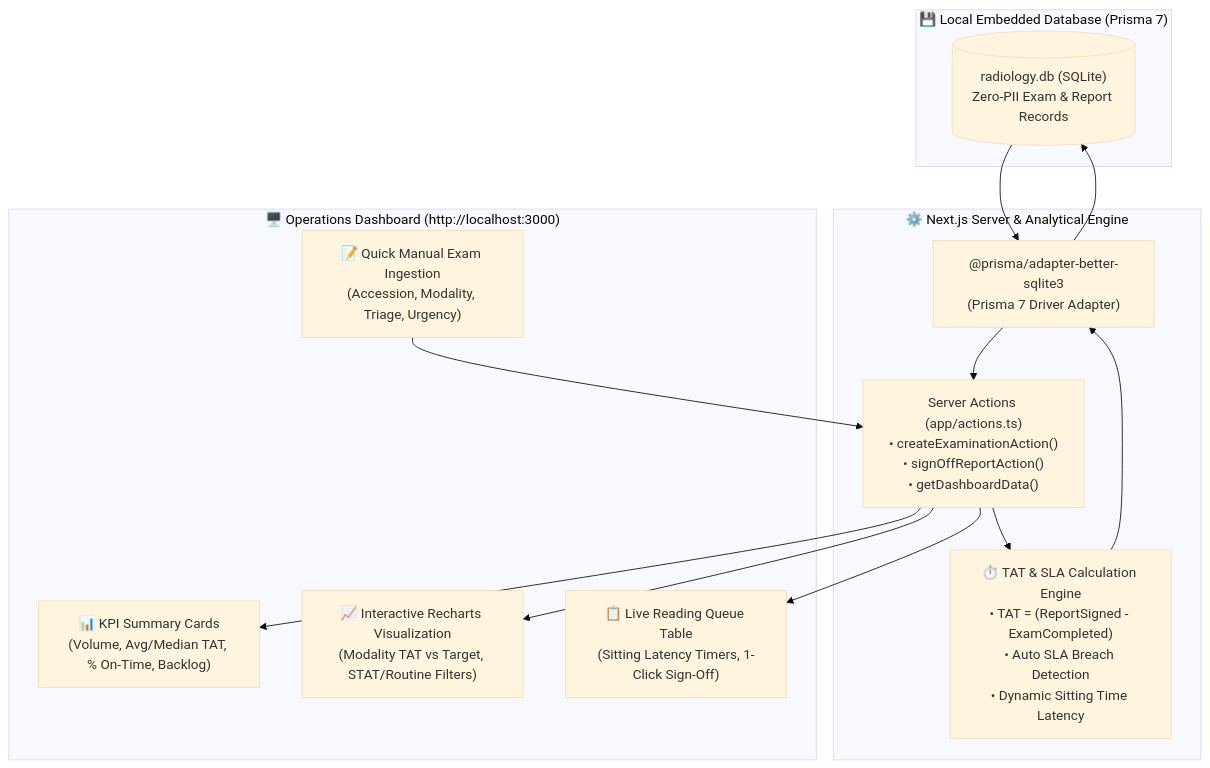
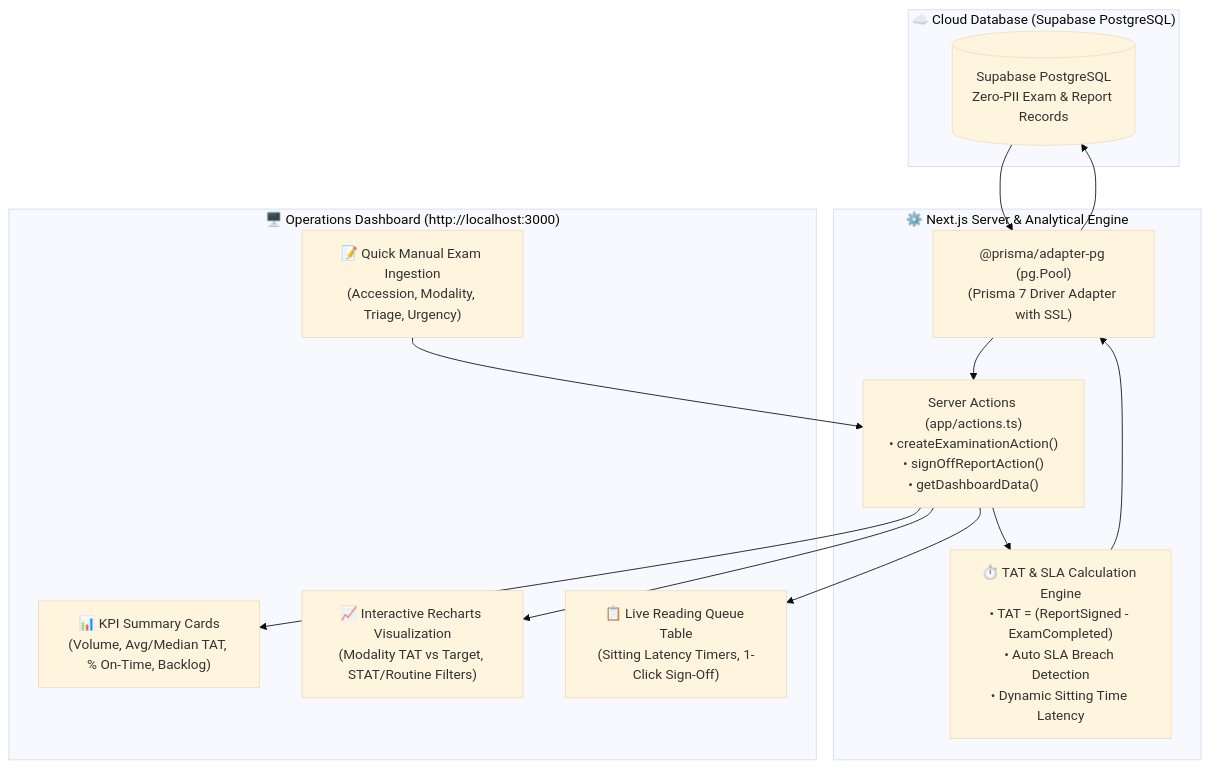
Before and after one commit to mgoblimar/RADiTrack: the diagram in README.md, drawn with Mermaid (base theme). The commit also changed other lines of this file and 10 other files, not shown here.

Commit message:
feat(database): migrate database from sqlite to supabase postgresql

````diff
--- a/README.md
+++ b/README.md
@@ -109,27 +117,27 @@
 ```mermaid
 flowchart TD
-    subgraph Storage ["💾 Local Embedded Database (Prisma 7)"]
-        DB[("radiology.db (SQLite)\nZero-PII Exam & Report Records")]
+    subgraph Cloud ["☁️ Cloud Database (Supabase PostgreSQL)"]
+        DB[("Supabase PostgreSQL\nZero-PII Exam & Report Records")]
     end
 
     subgraph Backend ["⚙️ Next.js Server & Analytical Engine"]
-        ADAPTER["@prisma/adapter-better-sqlite3\n(Prisma 7 Driver Adapter)"]
+        ADAPTER["@prisma/adapter-pg (pg.Pool)\n(Prisma 7 Driver Adapter with SSL)"]
         TAT["⏱️ TAT & SLA Calculation Engine\n• TAT = (ReportSigned - ExamCompleted)\n• Auto SLA Breach Detection\n• Dynamic Sitting Time Latency"]
         ACTIONS["Server Actions (app/actions.ts)\n• createExaminationAction()\n• signOffReportAction()\n• getDashboardData()"]
     end
 
     subgraph UI ["🖥️ Operations Dashboard (http://localhost:3000)"]
         KPIS["📊 KPI Summary Cards\n(Volume, Avg/Median TAT, % On-Time, Backlog)"]
         CHART["📈 Interactive Recharts Visualization\n(Modality TAT vs Target, STAT/Routine Filters)"]
         FORM["📝 Quick Manual Exam Ingestion\n(Accession, Modality, Triage, Urgency)"]
         QUEUE["📋 Live Reading Queue Table\n(Sitting Latency Timers, 1-Click Sign-Off)"]
     end
 
     FORM --> ACTIONS
     ACTIONS --> TAT
     TAT --> ADAPTER
     ADAPTER --> DB
     DB --> ADAPTER
     ADAPTER --> ACTIONS
     ACTIONS --> KPIS & CHART & QUEUE
 ```
````
